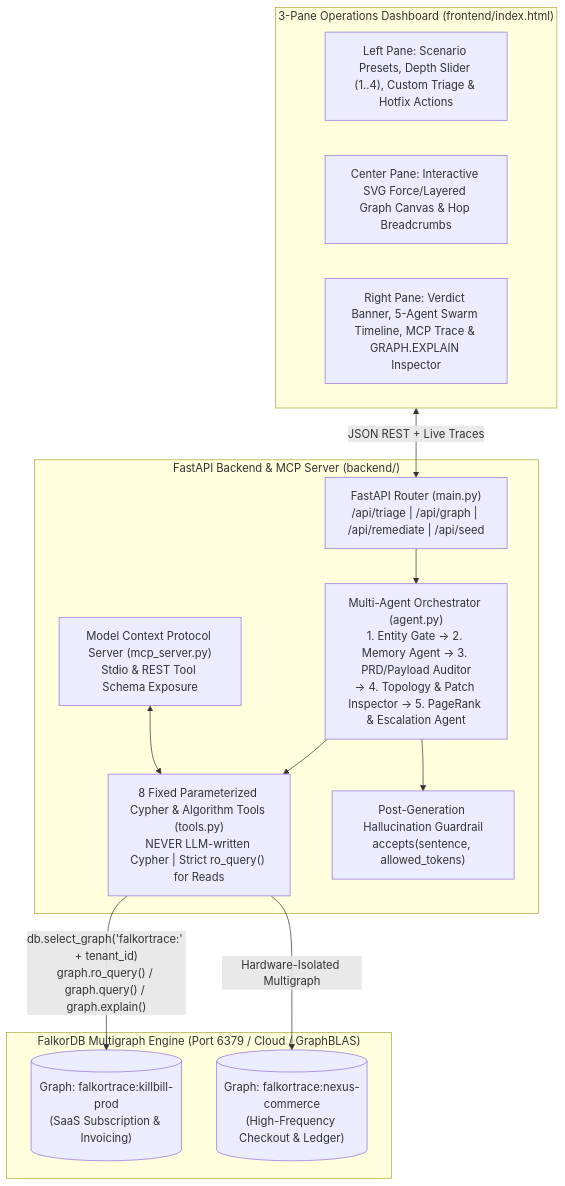
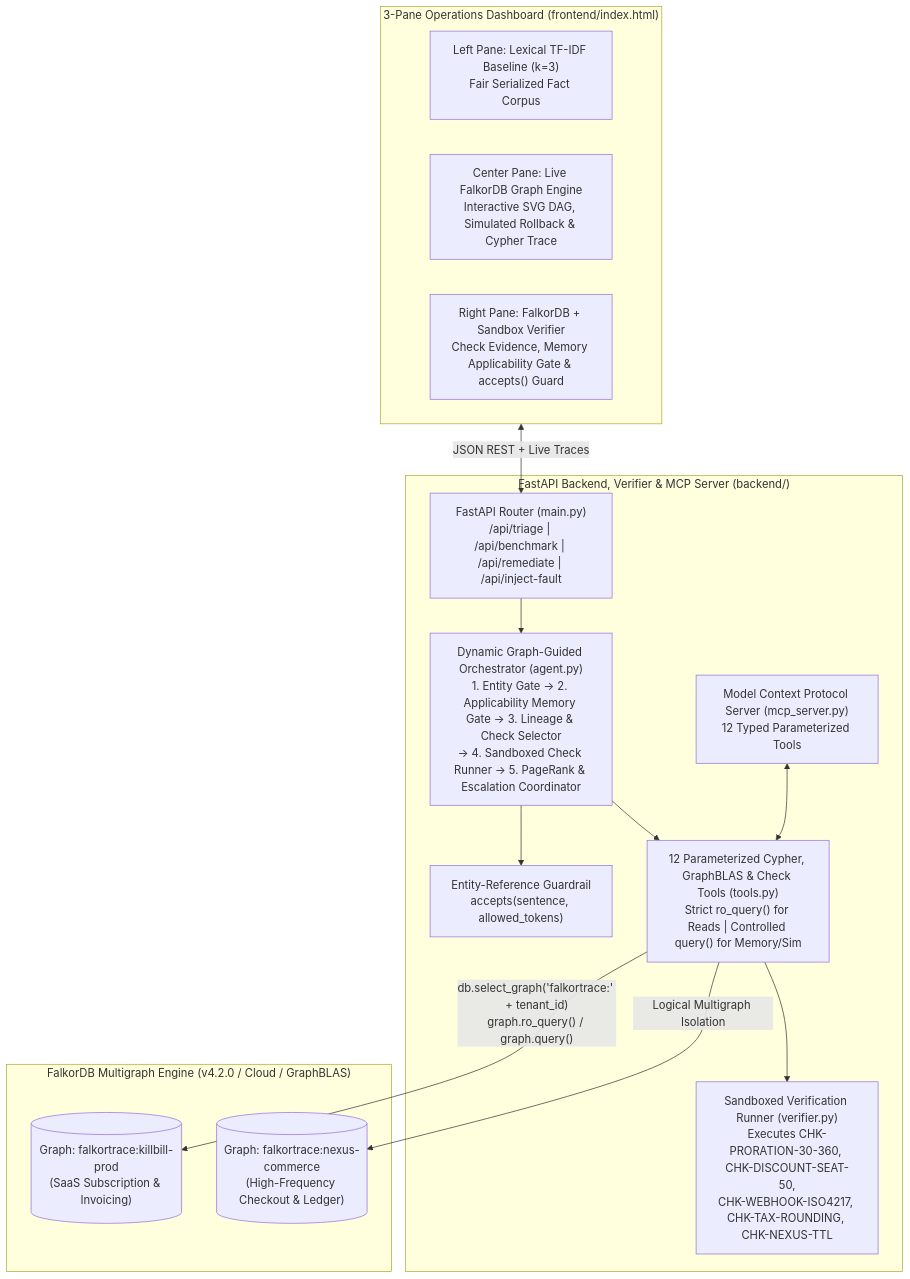
The first of 2 diagrams in docs/ARCHITECTURE_AND_DESIGN.md (mahesh-mettireddy/FalkorTrace), drawn with Mermaid before and after one commit. The commit also changed other lines of this file and 13 other files, not shown here.

Commit message:
feat: add graph-guided sandboxed verification loop, version-aware memory fingerprint, and 4-system 12-case ablation benchmark

````diff
--- a/docs/ARCHITECTURE_AND_DESIGN.md
+++ b/docs/ARCHITECTURE_AND_DESIGN.md
@@ -28,29 +28,31 @@
 ```mermaid
 flowchart TB
     subgraph UI["3-Pane Operations Dashboard (frontend/index.html)"]
-        P1["Left Pane: Scenario Presets, Depth Slider (1..4), Custom Triage & Hotfix Actions"]
-        P2["Center Pane: Interactive SVG Force/Layered Graph Canvas & Hop Breadcrumbs"]
-        P3["Right Pane: Verdict Banner, 5-Agent Swarm Timeline, MCP Trace & GRAPH.EXPLAIN Inspector"]
+        P1["Left Pane: Lexical TF-IDF Baseline (k=3)\nFair Serialized Fact Corpus"]
+        P2["Center Pane: Live FalkorDB Graph Engine\nInteractive SVG DAG, Simulated Rollback & Cypher Trace"]
+        P3["Right Pane: FalkorDB + Sandbox Verifier\nCheck Evidence, Memory Applicability Gate & accepts() Guard"]
     end
 
-    subgraph API["FastAPI Backend & MCP Server (backend/)"]
-        MAIN["FastAPI Router (main.py)\n/api/triage | /api/graph | /api/remediate | /api/seed"]
-        MCP["Model Context Protocol Server (mcp_server.py)\nStdio & REST Tool Schema Exposure"]
-        SWARM["Multi-Agent Orchestrator (agent.py)\n1. Entity Gate -> 2. Memory Agent -> 3. PRD/Payload Auditor\n-> 4. Topology & Patch Inspector -> 5. PageRank & Escalation Agent"]
-        GUARD["Post-Generation Hallucination Guardrail\naccepts(sentence, allowed_tokens)"]
-        TOOLS["8 Fixed Parameterized Cypher & Algorithm Tools (tools.py)\nNEVER LLM-written Cypher | Strict ro_query() for Reads"]
+    subgraph API["FastAPI Backend, Verifier & MCP Server (backend/)"]
+        MAIN["FastAPI Router (main.py)\n/api/triage | /api/benchmark | /api/remediate | /api/inject-fault"]
+        MCP["Model Context Protocol Server (mcp_server.py)\n12 Typed Parameterized Tools"]
+        SWARM["Dynamic Graph-Guided Orchestrator (agent.py)\n1. Entity Gate -> 2. Applicability Memory Gate -> 3. Lineage & Check Selector\n-> 4. Sandboxed Check Runner -> 5. PageRank & Escalation Coordinator"]
+        VERIFIER["Sandboxed Verification Runner (verifier.py)\nExecutes CHK-PRORATION-30-360, CHK-DISCOUNT-SEAT-50,\nCHK-WEBHOOK-ISO4217, CHK-TAX-ROUNDING, CHK-NEXUS-TTL"]
+        GUARD["Entity-Reference Guardrail\naccepts(sentence, allowed_tokens)"]
+        TOOLS["12 Parameterized Cypher, GraphBLAS & Check Tools (tools.py)\nStrict ro_query() for Reads | Controlled query() for Memory/Sim"]
     end
 
-    subgraph FALKOR["FalkorDB Multigraph Engine (Port 6379 / Cloud / GraphBLAS)"]
+    subgraph FALKOR["FalkorDB Multigraph Engine (v4.2.0 / Cloud / GraphBLAS)"]
         G1[("Graph: falkortrace:killbill-prod\n(SaaS Subscription & Invoicing)")]
         G2[("Graph: falkortrace:nexus-commerce\n(High-Frequency Checkout & Ledger)")]
     end
 
     UI <-->|"JSON REST + Live Traces"| MAIN
     MCP <--> TOOLS
     MAIN --> SWARM
     SWARM --> TOOLS
+    TOOLS --> VERIFIER
     SWARM --> GUARD
-    TOOLS -->|"db.select_graph('falkortrace:' + tenant_id)\ngraph.ro_query() / graph.query() / graph.explain()"| G1
-    TOOLS -->|"Hardware-Isolated Multigraph"| G2
+    TOOLS -->|"db.select_graph('falkortrace:' + tenant_id)\ngraph.ro_query() / graph.query()"| G1
+    TOOLS -->|"Logical Multigraph Isolation"| G2
 ```
````
